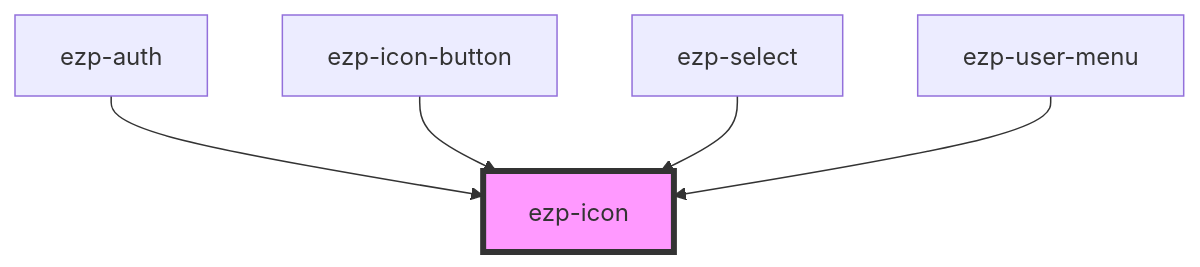
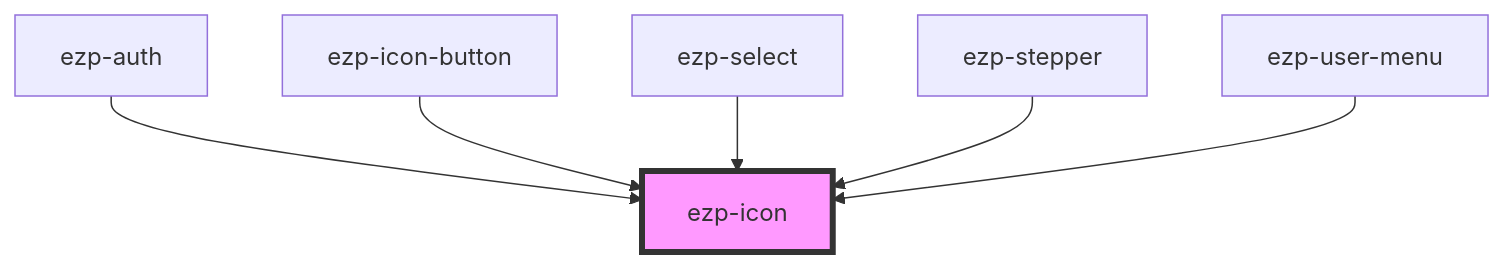
One commit to ezeep/ezeep-js changed the diagram in src/components/ezp-icon/readme.md. Above: the diagram before and after it, drawn with Mermaid. The commit also changed other lines of this file and 13 other files, not shown here.

````diff
--- a/src/components/ezp-icon/readme.md
+++ b/src/components/ezp-icon/readme.md
@@ -23,8 +24,9 @@
 ```mermaid
 graph TD;
   ezp-auth --> ezp-icon
   ezp-icon-button --> ezp-icon
   ezp-select --> ezp-icon
+  ezp-stepper --> ezp-icon
   ezp-user-menu --> ezp-icon
   style ezp-icon fill:#f9f,stroke:#333,stroke-width:4px
 ```
````
